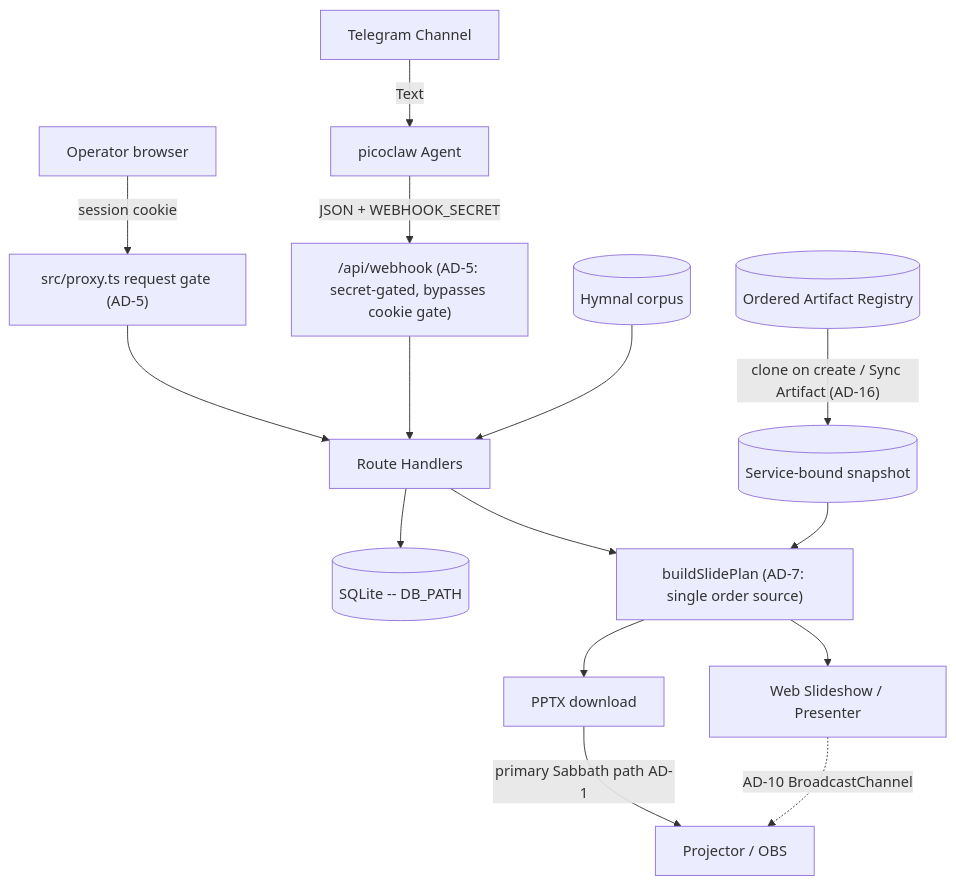
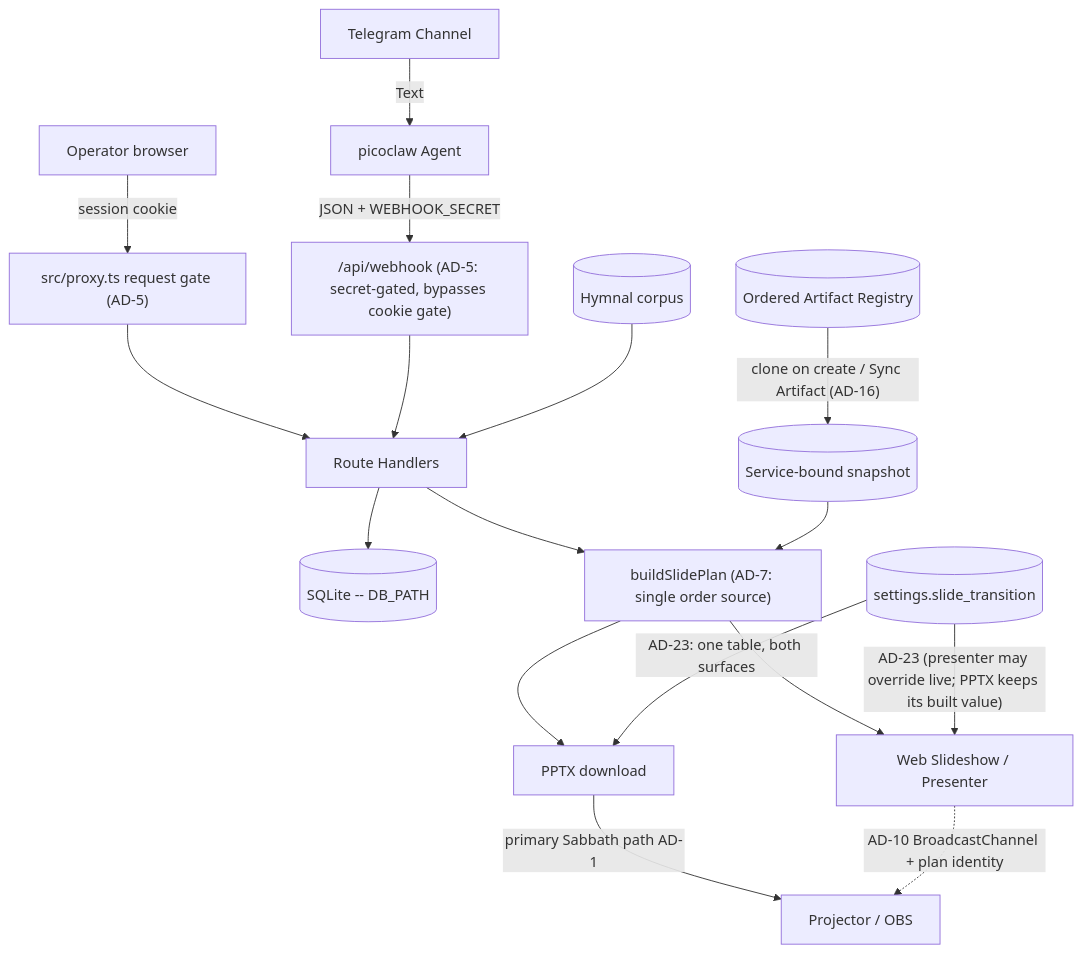
The first of 2 diagrams in _bmad-output/planning-artifacts/architecture/architecture-bic-pptx-workflow-2026-07-10/ARCHITECTURE-SPINE.md (kodesh87/worship-presenter-web), drawn with Mermaid before and after one commit. The commit also changed other lines of this file and 14 other files, not shown here.

````diff
--- a/_bmad-output/planning-artifacts/architecture/architecture-bic-pptx-workflow-2026-07-10/ARCHITECTURE-SPINE.md
+++ b/_bmad-output/planning-artifacts/architecture/architecture-bic-pptx-workflow-2026-07-10/ARCHITECTURE-SPINE.md
@@ -208,17 +242,19 @@
 ```mermaid
 graph TD
     Telegram[Telegram Channel] -->|Text| Picoclaw[picoclaw Agent]
     Picoclaw -->|JSON + WEBHOOK_SECRET| Webhook["/api/webhook (AD-5: secret-gated, bypasses cookie gate)"]
     Operator[Operator browser] -->|session cookie| Gate["src/proxy.ts request gate (AD-5)"]
     Gate --> API[Route Handlers]
     Webhook --> API
     API --> DB[(SQLite -- DB_PATH)]
     Hymnal[(Hymnal corpus)] --> API
     API --> Plan["buildSlidePlan (AD-7: single order source)"]
     Registry[(Ordered Artifact Registry)] -->|"clone on create / Sync Artifact (AD-16)"| Snap[(Service-bound snapshot)]
     Snap --> Plan
     Plan --> PPTX[PPTX download]
     Plan --> WebShow[Web Slideshow / Presenter]
+    Settings[(settings.slide_transition)] -->|"AD-23: one table, both surfaces"| PPTX
+    Settings -->|"AD-23 (presenter may override live; PPTX keeps its built value)"| WebShow
     PPTX -->|primary Sabbath path AD-1| Projector[Projector / OBS]
-    WebShow -.->|AD-10 BroadcastChannel| Projector
+    WebShow -.->|"AD-10 BroadcastChannel + plan identity"| Projector
 ```
````
